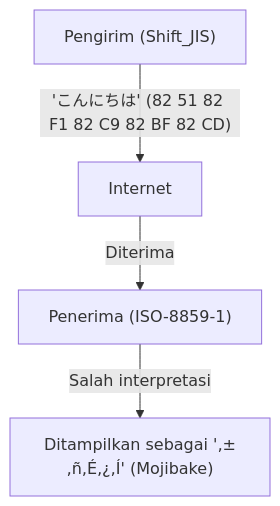
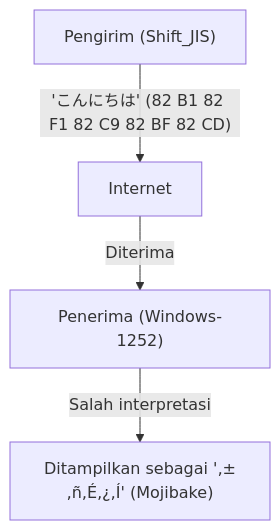
The first of 2 diagrams in content/post/history-of-unicode-encoding/index.id.md (kenjinote/blog), drawn with Mermaid before and after one commit. The commit also changed other lines of this file and 21 other files, not shown here.

````diff
--- a/content/post/history-of-unicode-encoding/index.id.md
+++ b/content/post/history-of-unicode-encoding/index.id.md
@@ -34,6 +35,6 @@
 ```mermaid
 graph TD
-    A["Pengirim (Shift_JIS)"] -- "'こんにちは' (82 51 82 F1 82 C9 82 BF 82 CD)" --> B["Internet"]
-    B -- "Diterima" --> C["Penerima (ISO-8859-1)"]
+    A["Pengirim (Shift_JIS)"] -- "'こんにちは' (82 B1 82 F1 82 C9 82 BF 82 CD)" --> B["Internet"]
+    B -- "Diterima" --> C["Penerima (Windows-1252)"]
     C -- "Salah interpretasi" --> D["Ditampilkan sebagai '‚±‚ñ‚É‚¿‚Í' (Mojibake)"]
 ```
````
